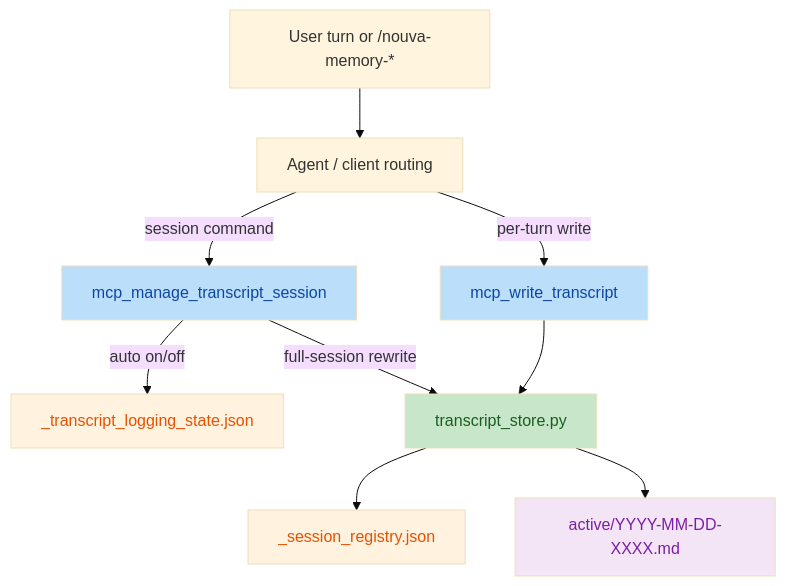
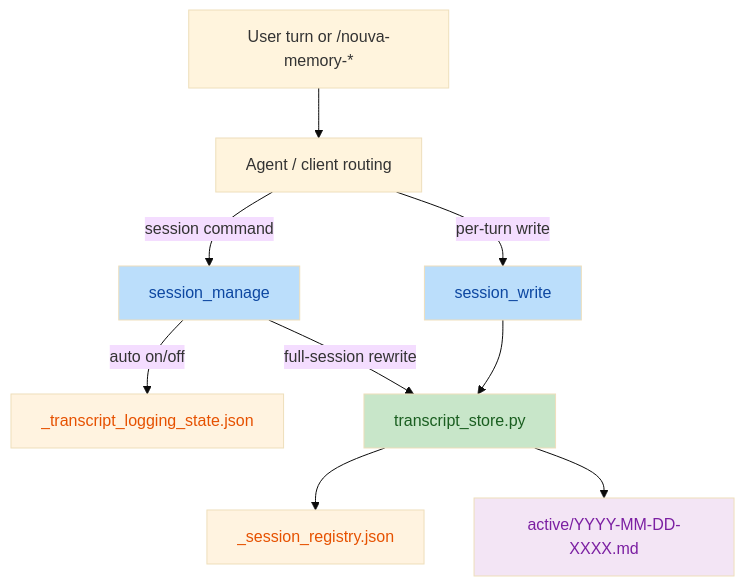
One commit to nouverse-tech/nouva-mcp-server changed the third of 5 diagrams in src/skills/memory_engine/ARCHITECTURE.md. Above: the diagram before and after it, drawn with Mermaid (base theme). The commit also changed other lines of this file and 4 other files, not shown here.

Commit message:
docs: update tool references in READMEs, SKILLs, and ARCHITECTURE

````diff
--- a/src/skills/memory_engine/ARCHITECTURE.md
+++ b/src/skills/memory_engine/ARCHITECTURE.md
@@ -176,18 +176,18 @@
 ```mermaid
 flowchart TD
   U["User turn or /nouva-memory-*"] --> A["Agent / client routing"]
-  A -->|per-turn write| WT["mcp_write_transcript"]
-  A -->|session command| MT["mcp_manage_transcript_session"]
+  A -->|per-turn write| WT["session_write"]
+  A -->|session command| MT["session_manage"]
   MT -->|auto on/off| LS["_transcript_logging_state.json"]
   MT -->|full-session rewrite| TS["transcript_store.py"]
   WT --> TS
   TS --> SR["_session_registry.json"]
   TS --> TF["active/YYYY-MM-DD-XXXX.md"]
 
   style WT fill:#bbdefb,color:#0d47a1
   style MT fill:#bbdefb,color:#0d47a1
   style TS fill:#c8e6c9,color:#1a5e20
   style SR fill:#fff3e0,color:#e65100
   style LS fill:#fff3e0,color:#e65100
   style TF fill:#f3e5f5,color:#7b1fa2
 ```
````
